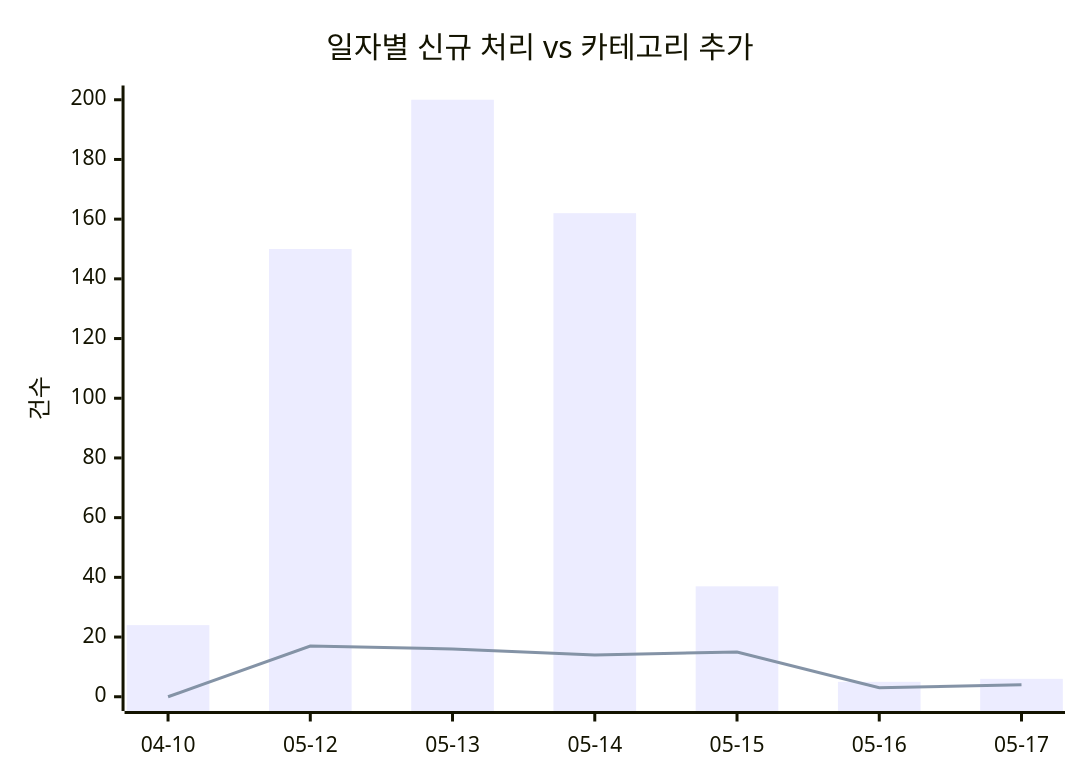
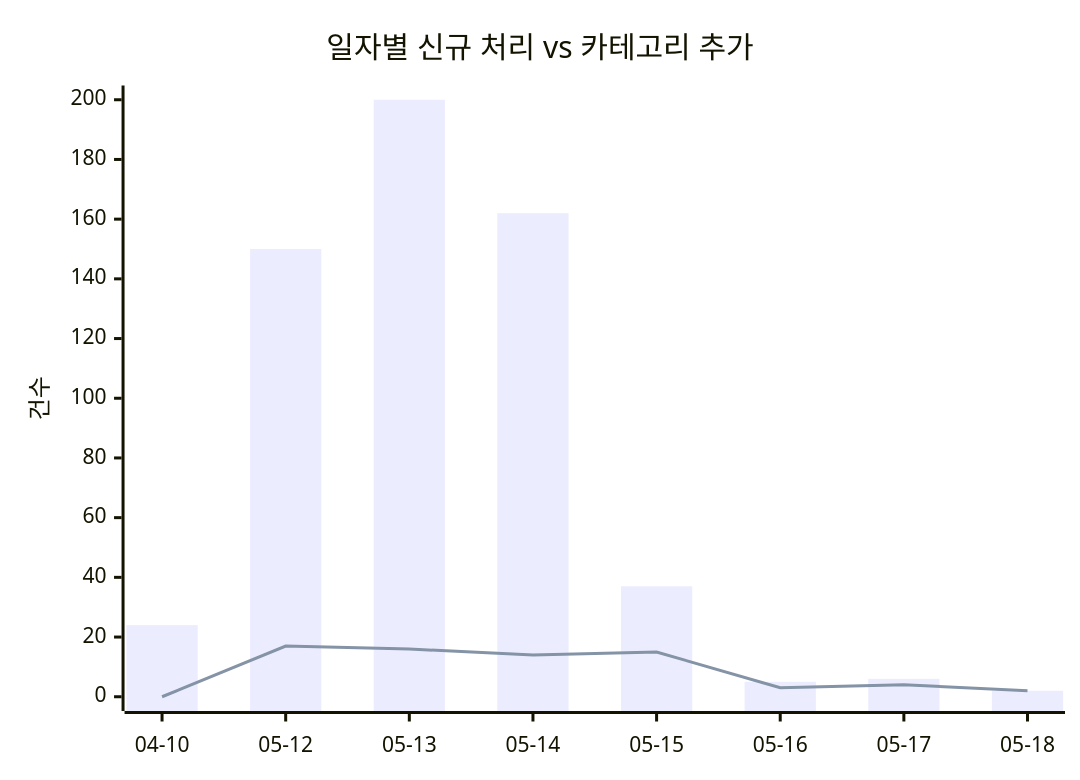
The first of 2 diagrams in docs/trends.md (J-nowcow/awesome-korean-agent-skills), drawn with Mermaid before and after one commit. The commit also changed other lines of this file and 28 other files, not shown here.

````diff
--- a/docs/trends.md
+++ b/docs/trends.md
@@ -32,8 +32,8 @@
 ```mermaid
 xychart-beta
     title "일자별 신규 처리 vs 카테고리 추가"
-    x-axis ["04-10","05-12","05-13","05-14","05-15","05-16","05-17"]
+    x-axis ["04-10","05-12","05-13","05-14","05-15","05-16","05-17","05-18"]
     y-axis "건수"
-    bar [24,150,200,162,37,5,6]
-    line [0,17,16,14,15,3,4]
+    bar [24,150,200,162,37,5,6,2]
+    line [0,17,16,14,15,3,4,2]
 ```
````
